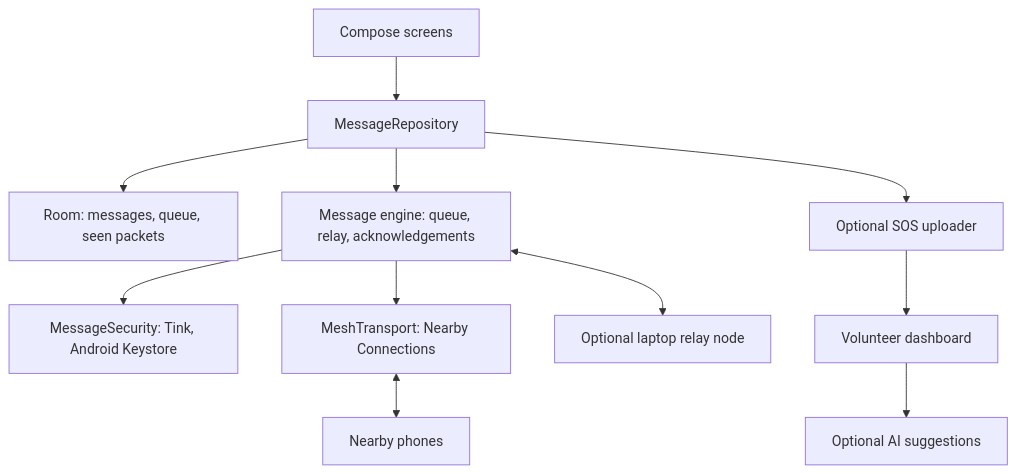
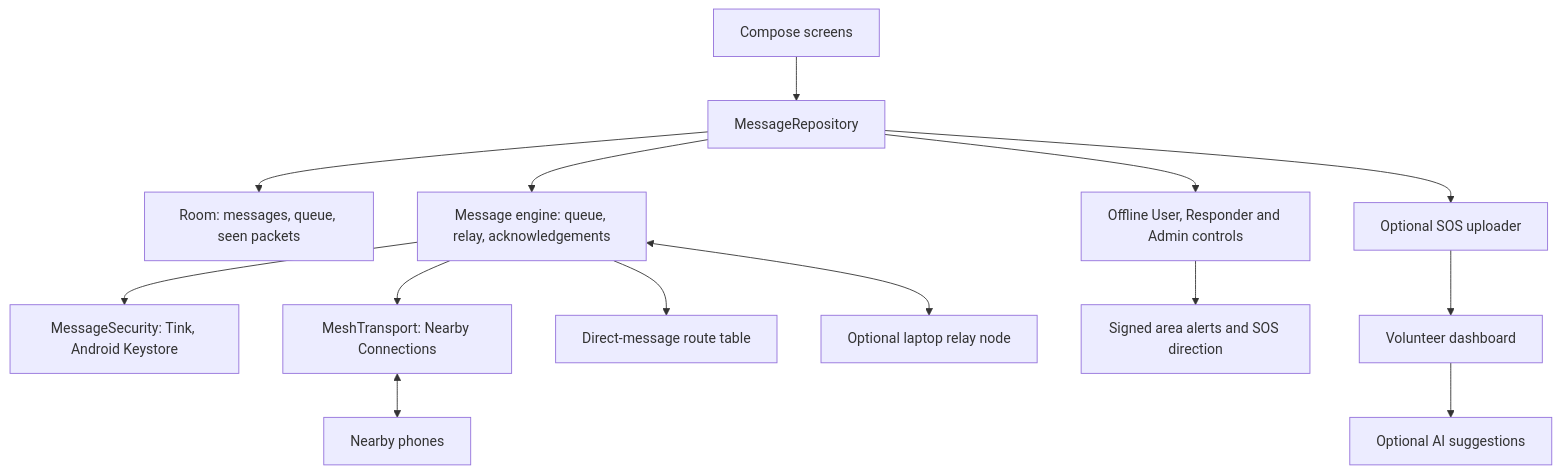
Before and after one commit to cbitosc/HFT26-TEAM-30: the diagram in README.md, drawn with Mermaid. The commit also changed other lines of this file and 1 other file, not shown here.

````diff
--- a/README.md
+++ b/README.md
@@ -51,13 +54,16 @@
 ```mermaid
 flowchart TD
     UI["Compose screens"] --> Repo["MessageRepository"]
     Repo --> Room["Room: messages, queue, seen packets"]
     Repo --> Engine["Message engine: queue, relay, acknowledgements"]
     Engine --> Security["MessageSecurity: Tink, Android Keystore"]
     Engine --> Transport["MeshTransport: Nearby Connections"]
+    Engine --> Routes["Direct-message route table"]
     Transport <--> Peers["Nearby phones"]
+    Repo --> Control["Offline User, Responder and Admin controls"]
+    Control --> Area["Signed area alerts and SOS direction"]
     Engine <--> Laptop["Optional laptop relay node"]
     Repo --> Upload["Optional SOS uploader"]
     Upload --> Dashboard["Volunteer dashboard"]
     Dashboard --> AI["Optional AI suggestions"]
 ```
````
